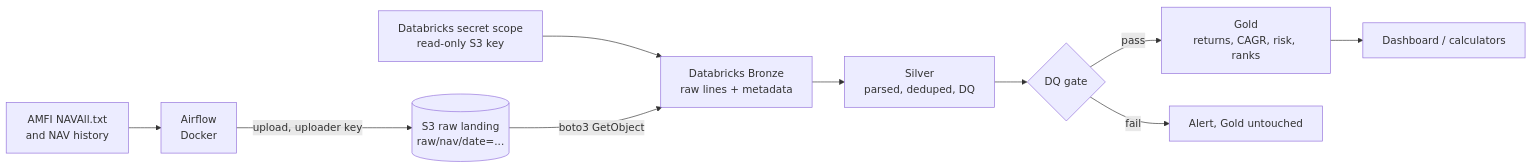
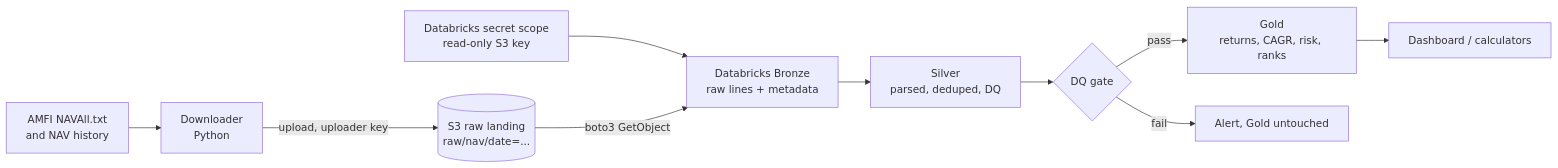
One commit to twarangupta/mf-nav-lakehouse changed the diagram in README.md. Above: the diagram before and after it, drawn with Mermaid. The commit also changed other lines of this file and 2 other files, not shown here.

First line of the commit message:
Phase 6: orchestration designed for Airflow, not deployed; README says so

````diff
--- a/README.md
+++ b/README.md
@@ -11,12 +11,12 @@
 ```mermaid
 flowchart LR
-    A[AMFI NAVAll.txt<br/>and NAV history] --> B[Airflow<br/>Docker]
+    A[AMFI NAVAll.txt<br/>and NAV history] --> B[Downloader<br/>Python]
     B -->|upload, uploader key| C[(S3 raw landing<br/>raw/nav/date=...)]
     K[Databricks secret scope<br/>read-only S3 key] --> D
     C -->|boto3 GetObject| D[Databricks Bronze<br/>raw lines + metadata]
     D --> E[Silver<br/>parsed, deduped, DQ]
     E --> G{DQ gate}
     G -- pass --> F[Gold<br/>returns, CAGR, risk, ranks]
     G -- fail --> X[Alert, Gold untouched]
     F --> H[Dashboard / calculators]
 ```
````
